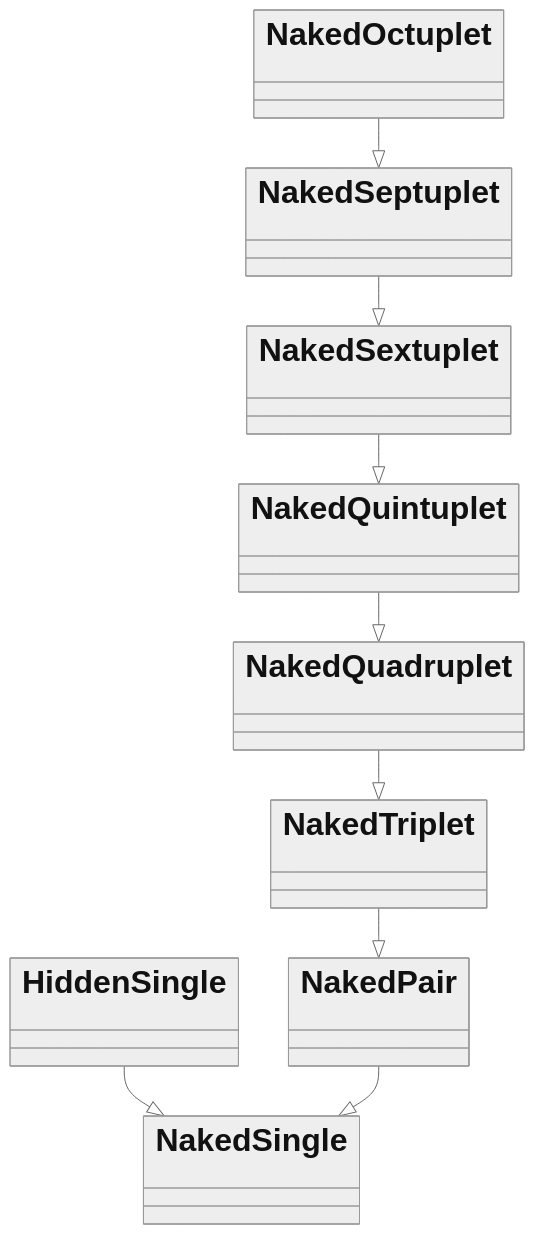
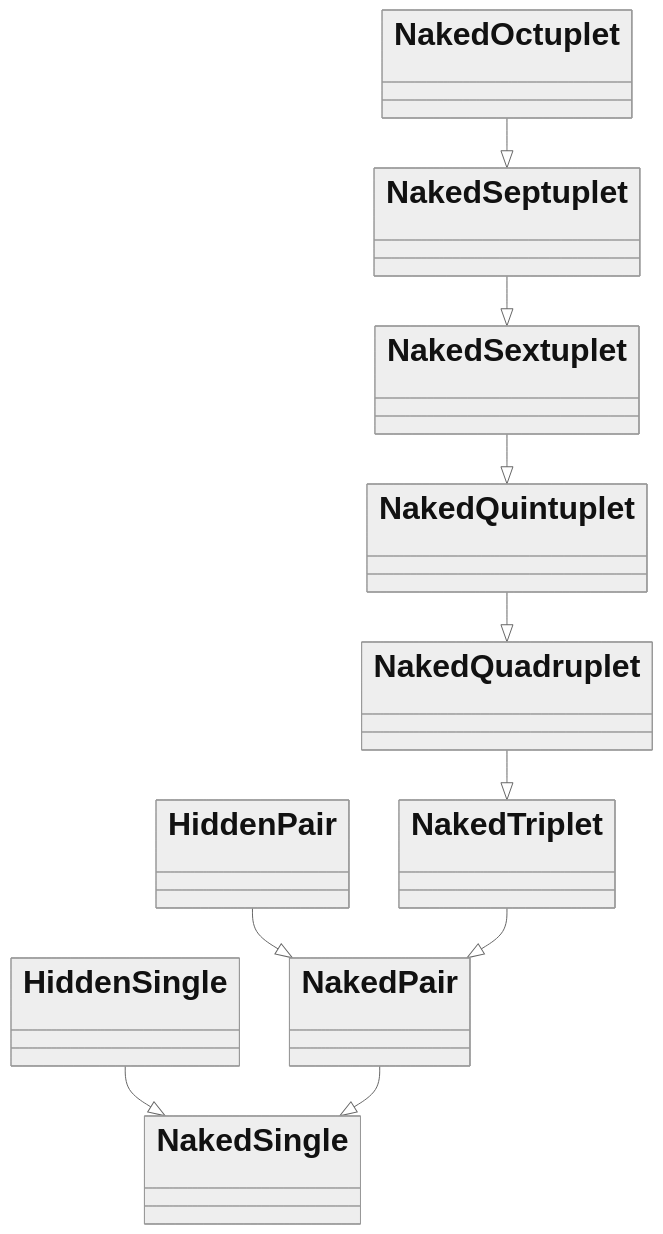
Before and after one commit to Sudokuru/Sudokuru: the diagram in PREREQS.md, drawn with Mermaid.

Commit message:
Added hidden pair to PREREQS.md

````diff
--- a/PREREQS.md
+++ b/PREREQS.md
@@ -7,12 +7,13 @@
 ```mermaid
 %%{init: {'theme': 'neutral', 'themeVariables': { 'fontSize': '32px', 'fontFamily': 'arial'}}}%%
 classDiagram
     HiddenSingle --<| NakedSingle
+    HiddenPair --<| NakedPair
     NakedPair --<| NakedSingle
     NakedTriplet --<| NakedPair
     NakedQuadruplet --<| NakedTriplet
     NakedQuintuplet --<| NakedQuadruplet
     NakedSextuplet --<| NakedQuintuplet
     NakedSeptuplet --<| NakedSextuplet
     NakedOctuplet --<| NakedSeptuplet
 ```
````
